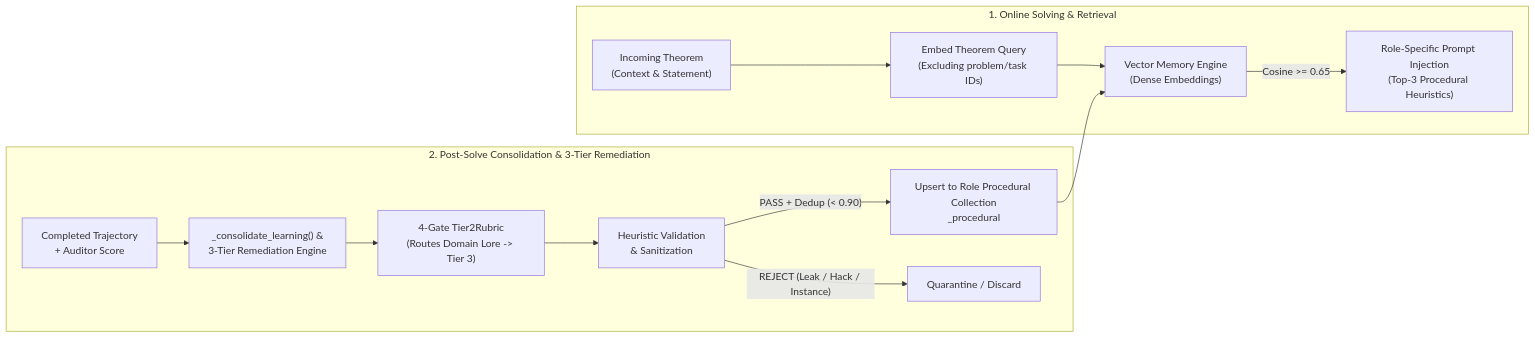
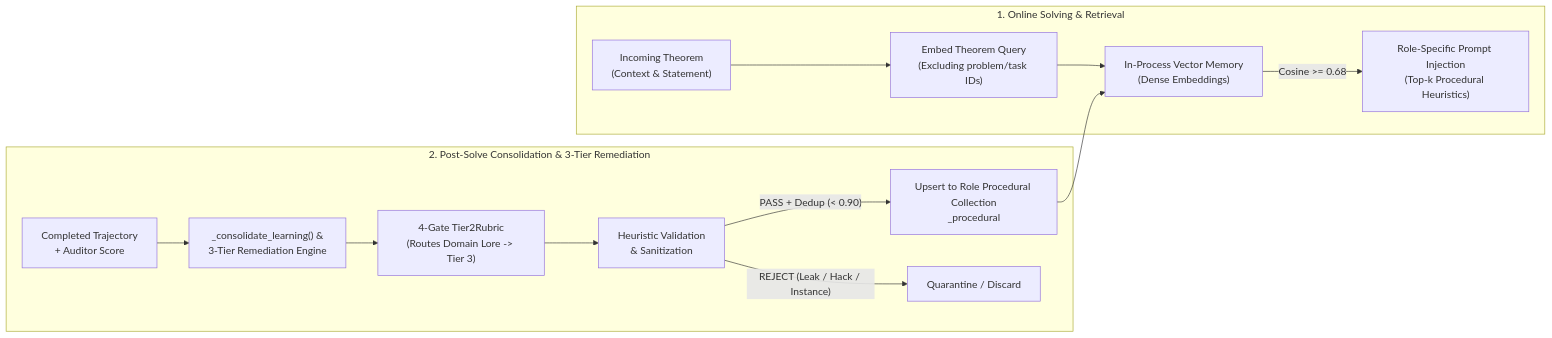
Before and after one commit to dionyziuz/proof_harness: the first of 2 diagrams in docs/articles/arxiv-prime-math-neuro-symbolic-prover-harness.md, drawn with Mermaid. The commit also changed other lines of this file and 1 other file, not shown here.

````diff
--- a/docs/articles/arxiv-prime-math-neuro-symbolic-prover-harness.md
+++ b/docs/articles/arxiv-prime-math-neuro-symbolic-prover-harness.md
@@ -173,17 +173,17 @@
 ```mermaid
 flowchart LR
     subgraph SolveLoop["1. Online Solving & Retrieval"]
         TaskIn["Incoming Theorem\n(Context & Statement)"] --> EmbedQ["Embed Theorem Query\n(Excluding problem/task IDs)"]
-        EmbedQ --> TV["Vector Memory Engine\n(Dense Embeddings)"]
-        TV -->|"Cosine >= 0.65"| Inject["Role-Specific Prompt Injection\n(Top-3 Procedural Heuristics)"]
+        EmbedQ --> TV["In-Process Vector Memory\n(Dense Embeddings)"]
+        TV -->|"Cosine >= 0.68"| Inject["Role-Specific Prompt Injection\n(Top-k Procedural Heuristics)"]
     end
 
     subgraph LearningLoop["2. Post-Solve Consolidation & 3-Tier Remediation"]
         Trace["Completed Trajectory\n+ Auditor Score"] --> Consolidate["_consolidate_learning() &\n3-Tier Remediation Engine"]
         Consolidate --> Rubric["4-Gate Tier2Rubric\n(Routes Domain Lore -> Tier 3)"]
         Rubric --> Gate6["Heuristic Validation\n& Sanitization"]
         Gate6 -->|"PASS + Dedup (< 0.90)"| Upsert["Upsert to Role Procedural Collection\n<agent_id>_procedural"]
         Gate6 -->|"REJECT (Leak / Hack / Instance)"| Drop["Quarantine / Discard"]
         Upsert --> TV
     end
 ```
````
